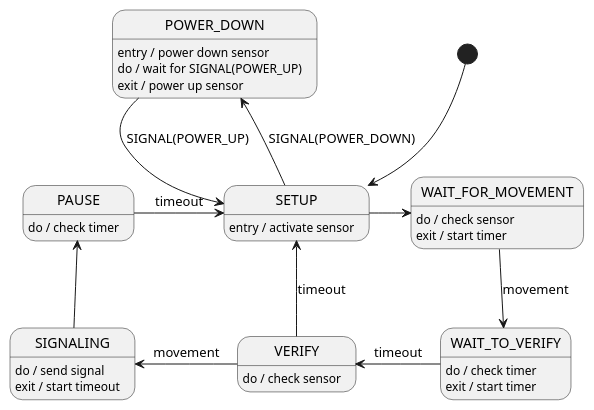
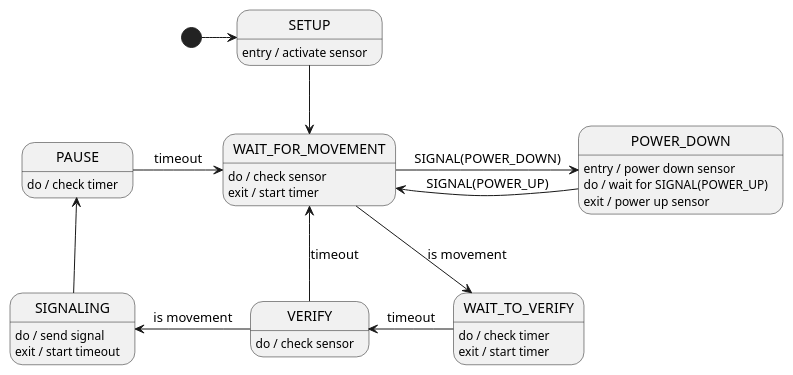
The diagram in src/modules/movement_detection/uml/movement_detection_state_machine.puml (smuuze/rpi_control_frmwrk), drawn with PlantUML before and after one commit. The commit also changed 6 other files, not shown here.

Commit message:
MOD: MOVEMENT-CONTROLLER - setup-state is only entered at system start

```diff
--- a/src/modules/movement_detection/uml/movement_detection_state_machine.puml
+++ b/src/modules/movement_detection/uml/movement_detection_state_machine.puml
@@ -1,45 +1,45 @@
 @startuml movement_detection_state_machine
 
 '***************************************************************************
 
 skinparam monochrome true
 ' skinparam linetype ortho
 
 '***************************************************************************
 
 ' folder "state: RPi-Control - Movement-Detection - State-Machine" 
 
 '***************************************************************************
 
-[*] --> SETUP
+[*] -right-> SETUP
 SETUP : entry / activate sensor
 
-SETUP -right-> WAIT_FOR_MOVEMENT
+SETUP -down-> WAIT_FOR_MOVEMENT
 WAIT_FOR_MOVEMENT : do / check sensor
 WAIT_FOR_MOVEMENT : exit / start timer
 
-WAIT_FOR_MOVEMENT -down-> WAIT_TO_VERIFY : movement
+WAIT_FOR_MOVEMENT -down-> WAIT_TO_VERIFY : is movement
 WAIT_TO_VERIFY : do / check timer
 WAIT_TO_VERIFY : exit / start timer
 WAIT_TO_VERIFY -left-> VERIFY : timeout
 
 VERIFY : do / check sensor
-VERIFY -left-> SETUP : timeout
+VERIFY -left-> WAIT_FOR_MOVEMENT : timeout
 
-VERIFY -left-> SIGNALING : movement
+VERIFY -left-> SIGNALING : is movement
 SIGNALING : do / send signal
 SIGNALING : exit / start timeout
 SIGNALING -up-> PAUSE
 
-PAUSE -right-> SETUP : timeout
+PAUSE -right-> WAIT_FOR_MOVEMENT : timeout
 PAUSE : do / check timer
 
-SETUP -up-> POWER_DOWN : SIGNAL(POWER_DOWN)
+WAIT_FOR_MOVEMENT -right-> POWER_DOWN : SIGNAL(POWER_DOWN)
 POWER_DOWN : entry / power down sensor
 POWER_DOWN : do / wait for SIGNAL(POWER_UP)
 POWER_DOWN : exit / power up sensor
-POWER_DOWN --> SETUP : SIGNAL(POWER_UP)
+POWER_DOWN -left-> WAIT_FOR_MOVEMENT : SIGNAL(POWER_UP)
 
 '***************************************************************************
 
 @enduml
```
